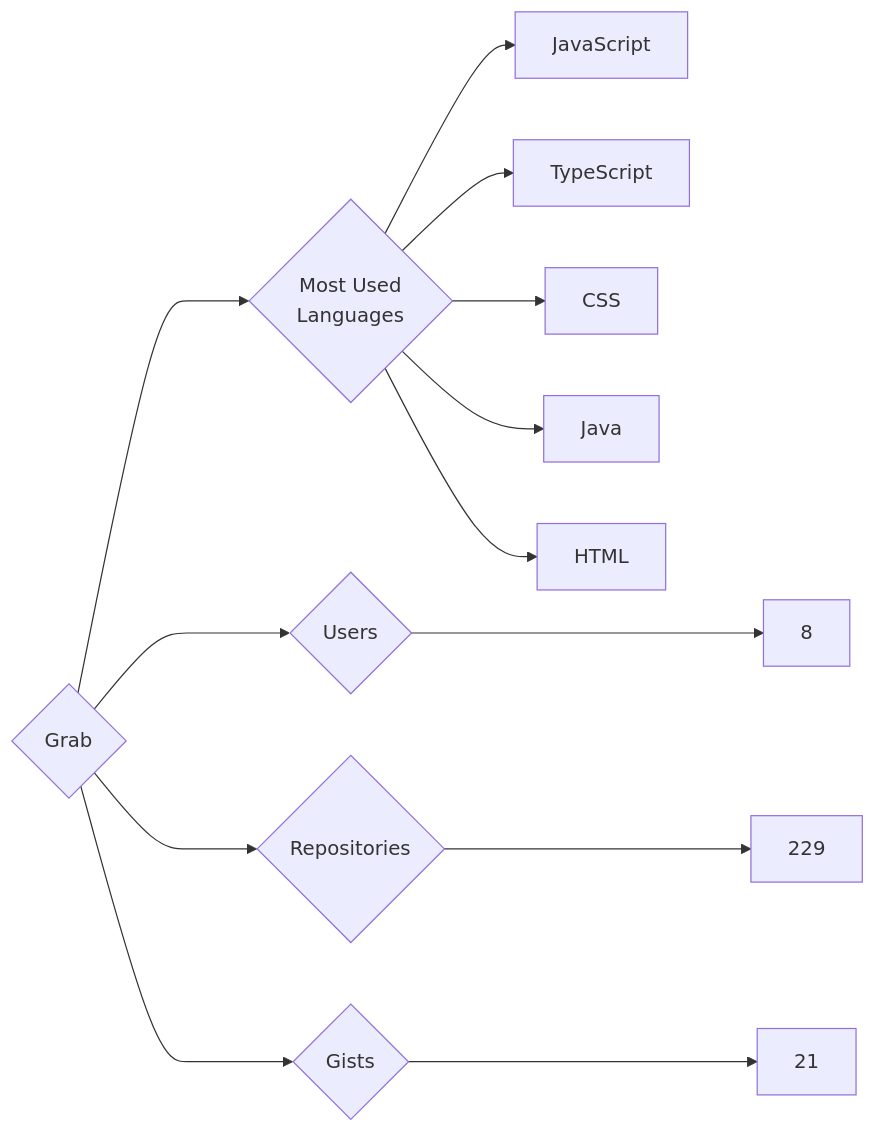
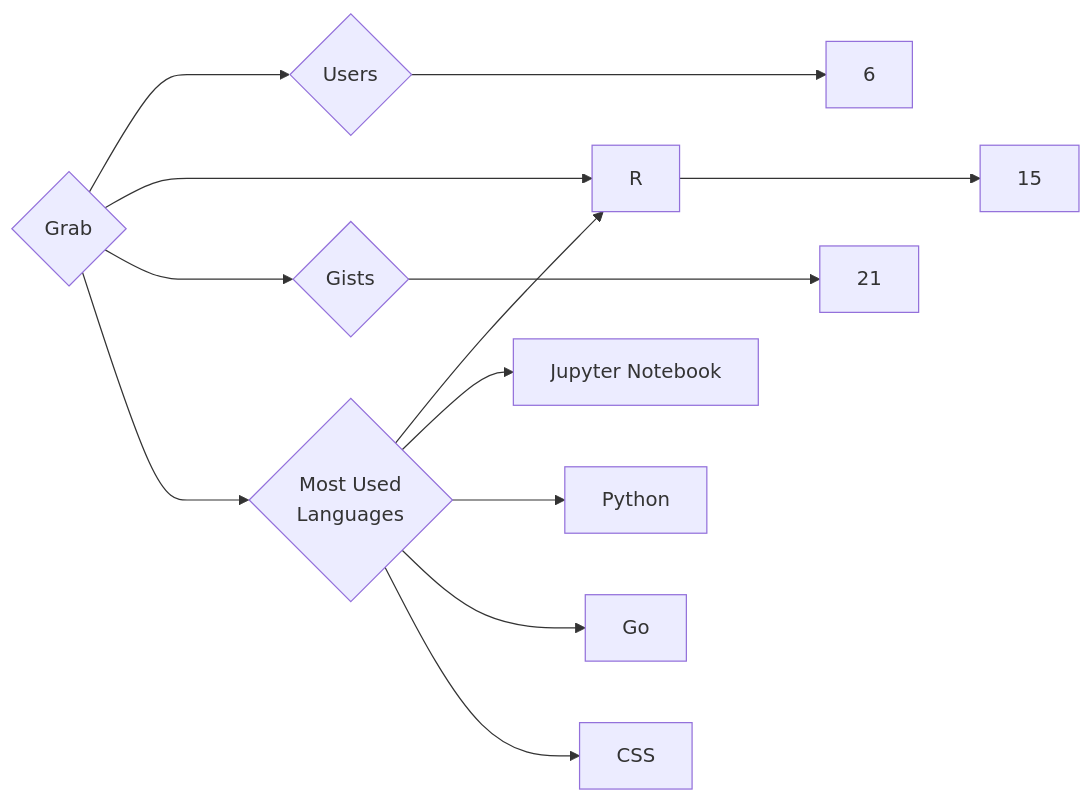
Before and after one commit to trickest/insiders: the diagram in targets/Grab/README.md, drawn with Mermaid. The commit also changed 724 other files, not shown here.

````diff
--- a/targets/Grab/README.md
+++ b/targets/Grab/README.md
@@ -3,13 +3,13 @@
 ```mermaid
 graph LR
 COMPANY_NAME{Grab}
-COMPANY_NAME ---> U{Users} ---> UN[8]
-COMPANY_NAME ---> R{Repositories} ---> RN[229]
+COMPANY_NAME ---> U{Users} ---> UN[6]
+COMPANY_NAME ---> R{Repositories} ---> RN[15]
 COMPANY_NAME ---> G{Gists} ---> GN[21]
 COMPANY_NAME ---> ML{Most Used<br>Languages}
-ML --> JavaScript[JavaScript]
-ML --> TypeScript[TypeScript]
+ML --> R[R]
+ML --> Jupyter_Notebook[Jupyter Notebook]
+ML --> Python[Python]
+ML --> Go[Go]
 ML --> CSS[CSS]
-ML --> Java[Java]
-ML --> HTML[HTML]
 ```
````
